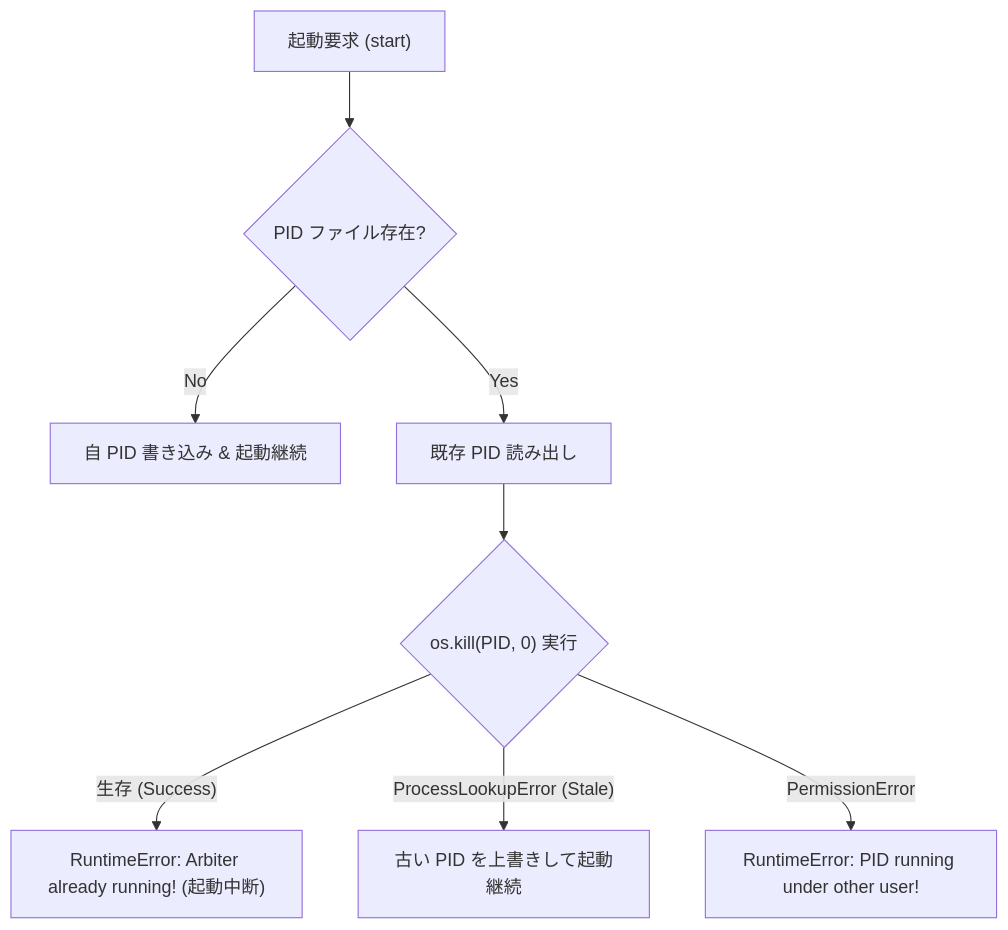
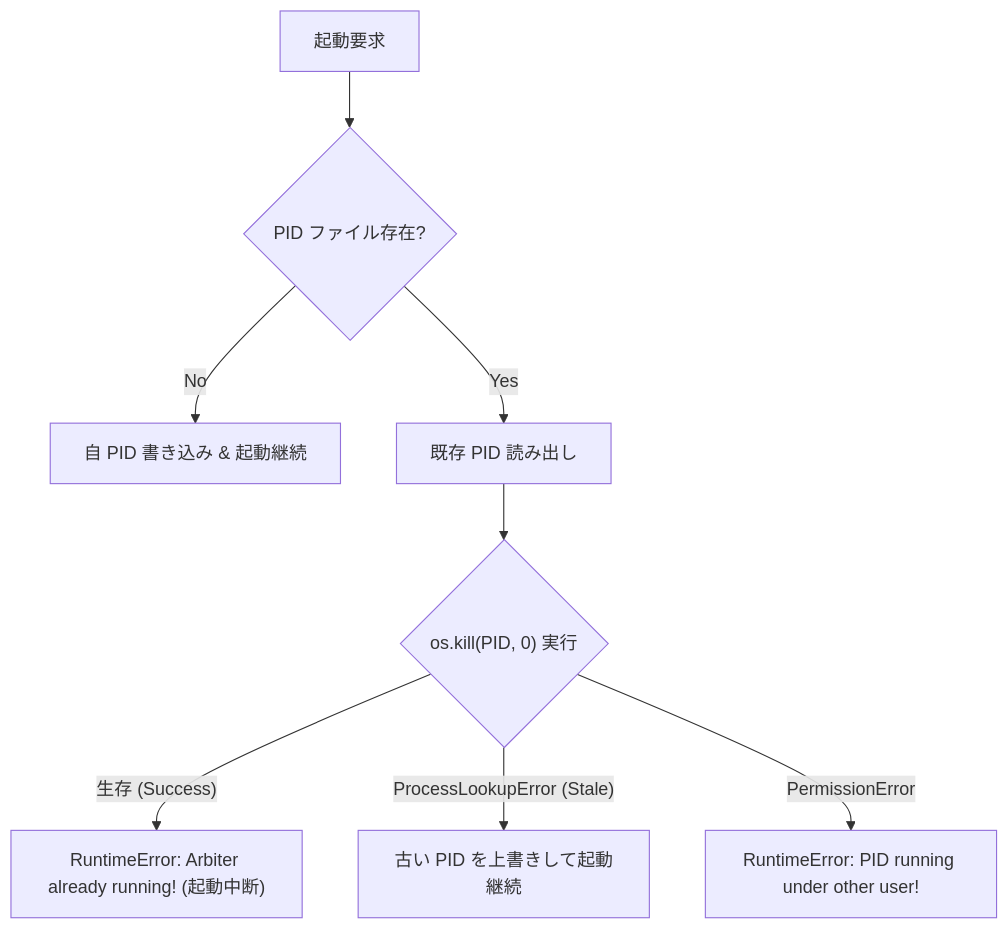
One commit to rokujyouhitoma/arxiv-security-papers changed the fifth of 16 diagrams in docs/designs/DSN-12-process_supervisor_and_arbiter.md. Above: the diagram before and after it, drawn with Mermaid. The commit also changed other lines of this file and 3 other files, not shown here.

````diff
--- a/docs/designs/DSN-12-process_supervisor_and_arbiter.md
+++ b/docs/designs/DSN-12-process_supervisor_and_arbiter.md
@@ -267,10 +285,10 @@
 ```mermaid
 graph TD
-    Start["起動要求 (start)"] --> CheckFile{"PID ファイル存在?"}
+    Start["起動要求"] --> CheckFile{"PID ファイル存在?"}
     CheckFile -- No --> WritePID["自 PID 書き込み & 起動継続"]
     CheckFile -- Yes --> ReadPID["既存 PID 読み出し"]
     ReadPID --> Kill0{"os.kill(PID, 0) 実行"}
     Kill0 -- "生存 (Success)" --> Error["RuntimeError: Arbiter already running! (起動中断)"]
     Kill0 -- "ProcessLookupError (Stale)" --> Overwrite["古い PID を上書きして起動継続"]
     Kill0 -- "PermissionError" --> PermErr["RuntimeError: PID running under other user!"]
 ```
````
